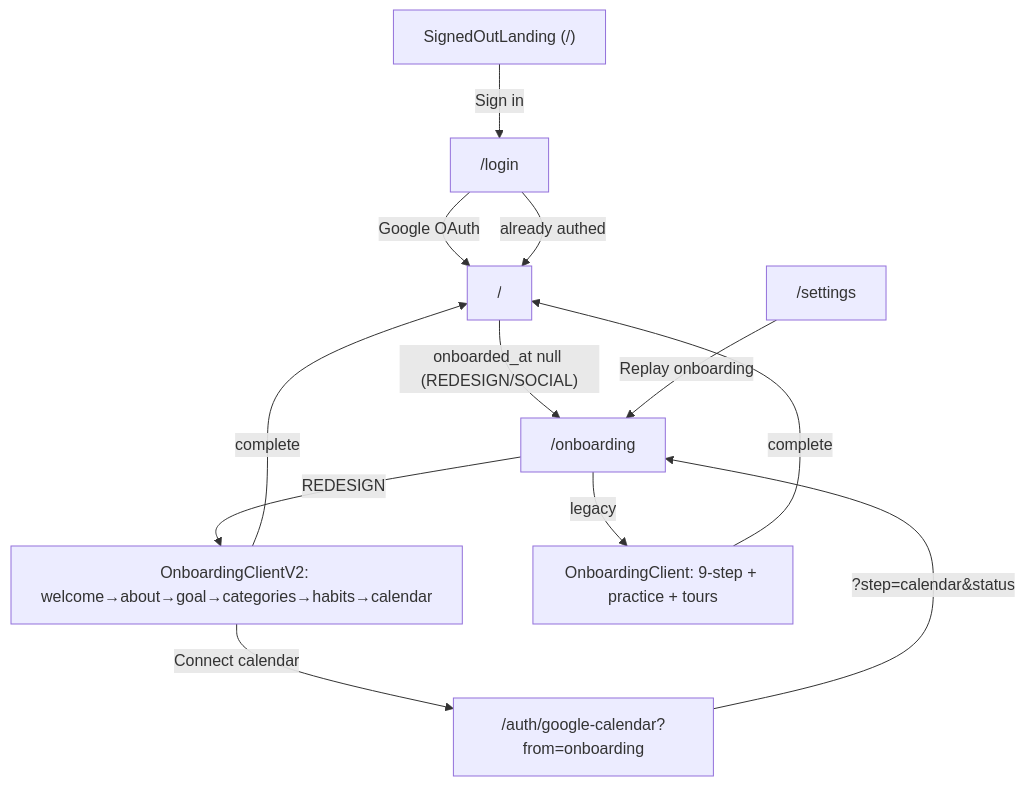
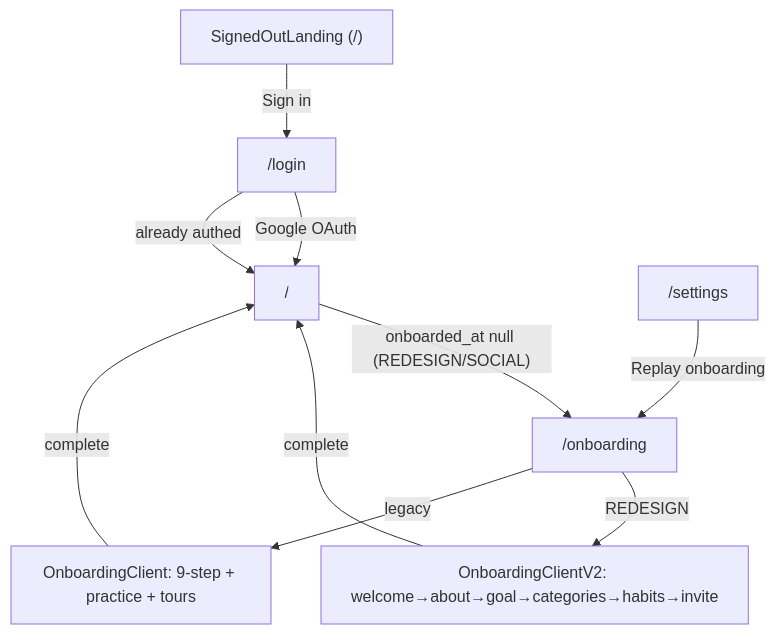
Before and after one commit to iroybisw47/progra: the first of 7 diagrams in docs/SCREENS.md, drawn with Mermaid. The commit also changed other lines of this file and 9 other files, not shown here.

First line of the commit message:
Move Google Calendar connect out of onboarding, into History

````diff
--- a/docs/SCREENS.md
+++ b/docs/SCREENS.md
@@ -172,14 +172,12 @@
 ```mermaid
 flowchart TD
   landing["SignedOutLanding (/)"] -->|Sign in| login["/login"]
   login -->|Google OAuth| root["/"]
   login -->|already authed| root
   root -->|"onboarded_at null (REDESIGN/SOCIAL)"| onb["/onboarding"]
-  onb -->|REDESIGN| v2["OnboardingClientV2: welcome→about→goal→categories→habits→calendar"]
+  onb -->|REDESIGN| v2["OnboardingClientV2: welcome→about→goal→categories→habits→invite"]
   onb -->|legacy| lg["OnboardingClient: 9-step + practice + tours"]
   v2 -->|complete| root
   lg -->|complete| root
-  v2 -->|Connect calendar| cal["/auth/google-calendar?from=onboarding"]
-  cal -->|"?step=calendar&status"| onb
   settings["/settings"] -->|Replay onboarding| onb
 ```
````
